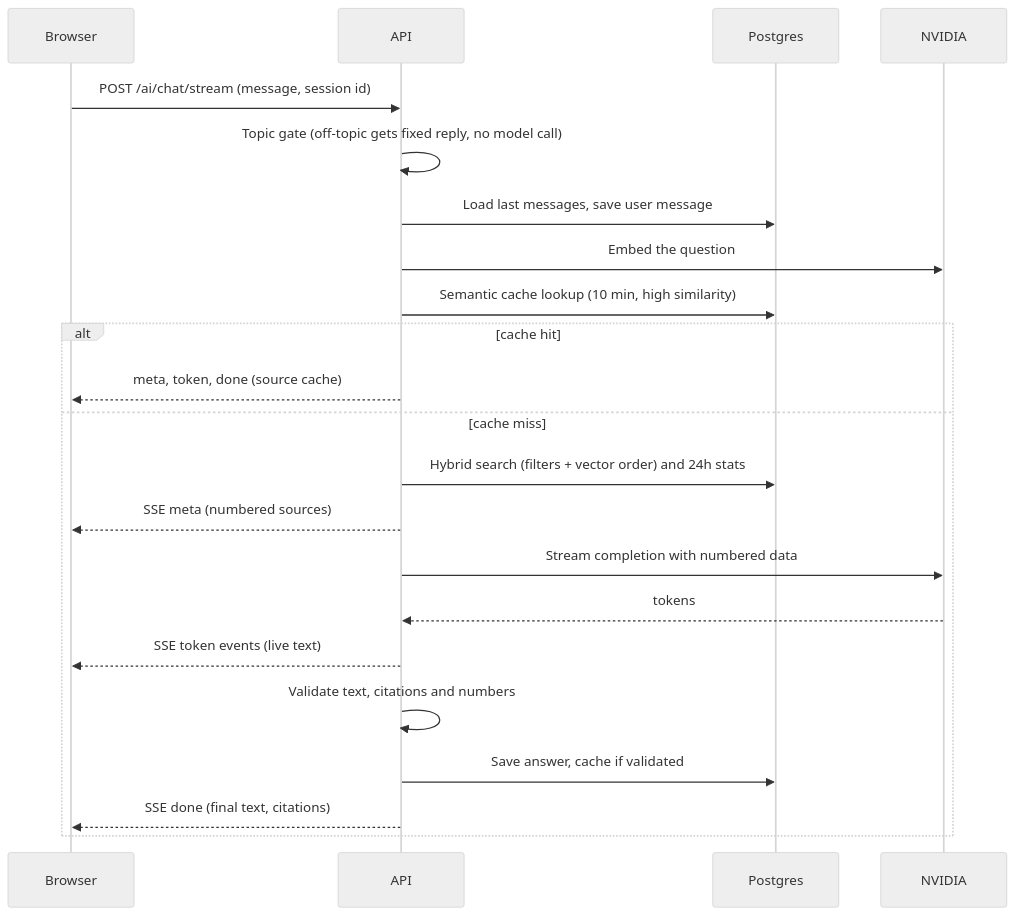
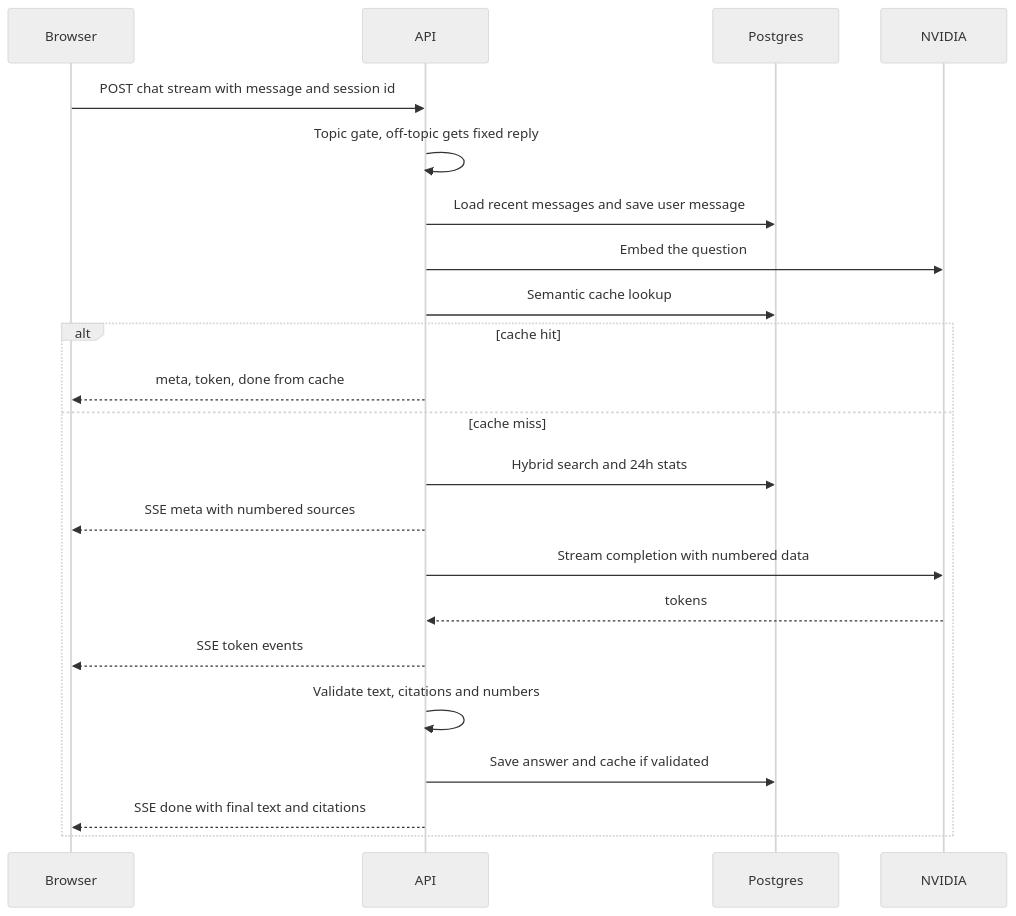
One commit to arpan-1010/tidal-iq changed the third of 3 diagrams in Readme.md. Above: the diagram before and after it, drawn with Mermaid (neutral theme). The commit also changed other lines of this file, not shown here.

````diff
--- a/Readme.md
+++ b/Readme.md
@@ -121,25 +121,25 @@
 ```mermaid
 sequenceDiagram
     participant U as Browser
     participant A as API
     participant DB as Postgres
     participant N as NVIDIA
 
-    U->>A: POST /ai/chat/stream (message, session id)
-    A->>A: Topic gate (off-topic gets fixed reply, no model call)
-    A->>DB: Load last messages, save user message
+    U->>A: POST chat stream with message and session id
+    A->>A: Topic gate, off-topic gets fixed reply
+    A->>DB: Load recent messages and save user message
     A->>N: Embed the question
-    A->>DB: Semantic cache lookup (10 min, high similarity)
+    A->>DB: Semantic cache lookup
     alt cache hit
-        A-->>U: meta, token, done (source cache)
+        A-->>U: meta, token, done from cache
     else cache miss
-        A->>DB: Hybrid search (filters + vector order) and 24h stats
-        A-->>U: SSE meta (numbered sources)
+        A->>DB: Hybrid search and 24h stats
+        A-->>U: SSE meta with numbered sources
         A->>N: Stream completion with numbered data
         N-->>A: tokens
-        A-->>U: SSE token events (live text)
+        A-->>U: SSE token events
         A->>A: Validate text, citations and numbers
-        A->>DB: Save answer, cache if validated
-        A-->>U: SSE done (final text, citations)
+        A->>DB: Save answer and cache if validated
+        A-->>U: SSE done with final text and citations
     end
 ```
````
